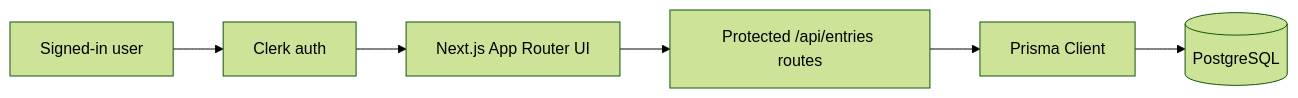
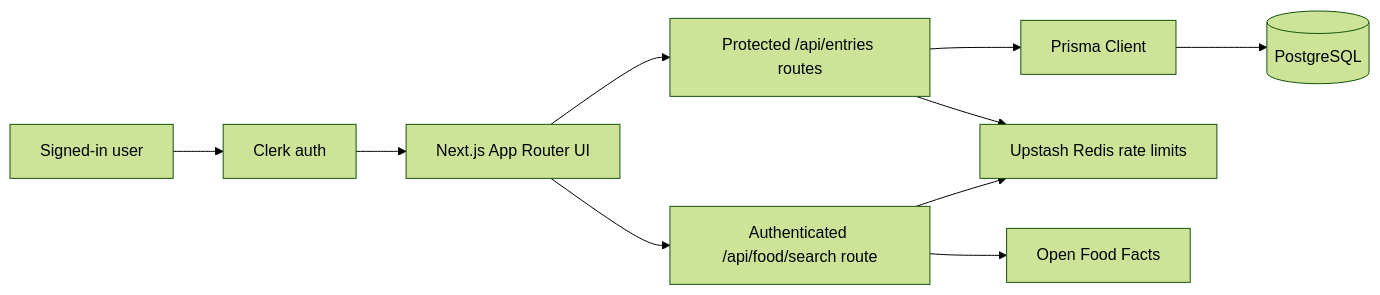
One commit to HimendraFdo/personal-analytics-dashboard changed the diagram in README.md. Above: the diagram before and after it, drawn with Mermaid (forest theme). The commit also changed other lines of this file and 10 other files, not shown here.

````diff
--- a/README.md
+++ b/README.md
@@ -52,15 +56,22 @@
 ```mermaid
 flowchart LR
   User["Signed-in user"]
   Clerk["Clerk auth"]
   UI["Next.js App Router UI"]
   API["Protected /api/entries routes"]
+  FoodAPI["Authenticated /api/food/search route"]
   Prisma["Prisma Client"]
   DB[(PostgreSQL)]
+  Redis["Upstash Redis rate limits"]
+  OFF["Open Food Facts"]
 
   User --> Clerk
   Clerk --> UI
   UI --> API
+  UI --> FoodAPI
   API --> Prisma
   Prisma --> DB
+  API --> Redis
+  FoodAPI --> Redis
+  FoodAPI --> OFF
 ```
````
